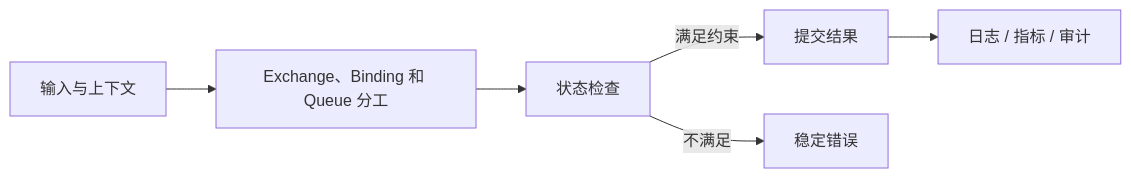
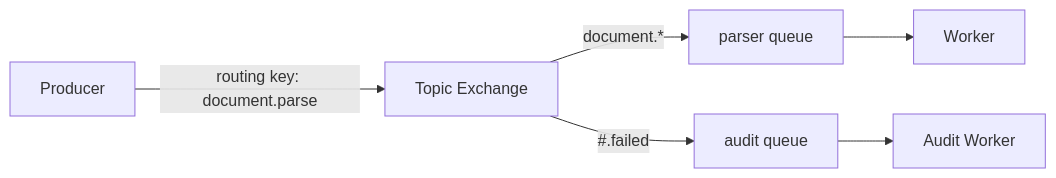
One commit to upJiang/jiang-blog-vitepress changed the diagram in docs/backend/rabbitmq-routing-ack-retry-dlq.md. Above: the diagram before and after it, drawn with Mermaid. The commit also changed other lines of this file and 341 other files, not shown here.

````diff
--- a/docs/backend/rabbitmq-routing-ack-retry-dlq.md
+++ b/docs/backend/rabbitmq-routing-ack-retry-dlq.md
@@ -34,8 +36,8 @@
 ```mermaid
 flowchart LR
-  A[输入与上下文] --> B[Exchange、Binding 和 Queue 分工]
-  B --> C[状态检查]
-  C -->|满足约束| D[提交结果]
-  C -->|不满足| E[稳定错误]
-  D --> F[日志 / 指标 / 审计]
+  P[Producer] -->|routing key: document.parse| X[Topic Exchange]
+  X -->|document.*| Q1[parser queue]
+  X -->|#.failed| Q2[audit queue]
+  Q1 --> W1[Worker]
+  Q2 --> W2[Audit Worker]
 ```
````
